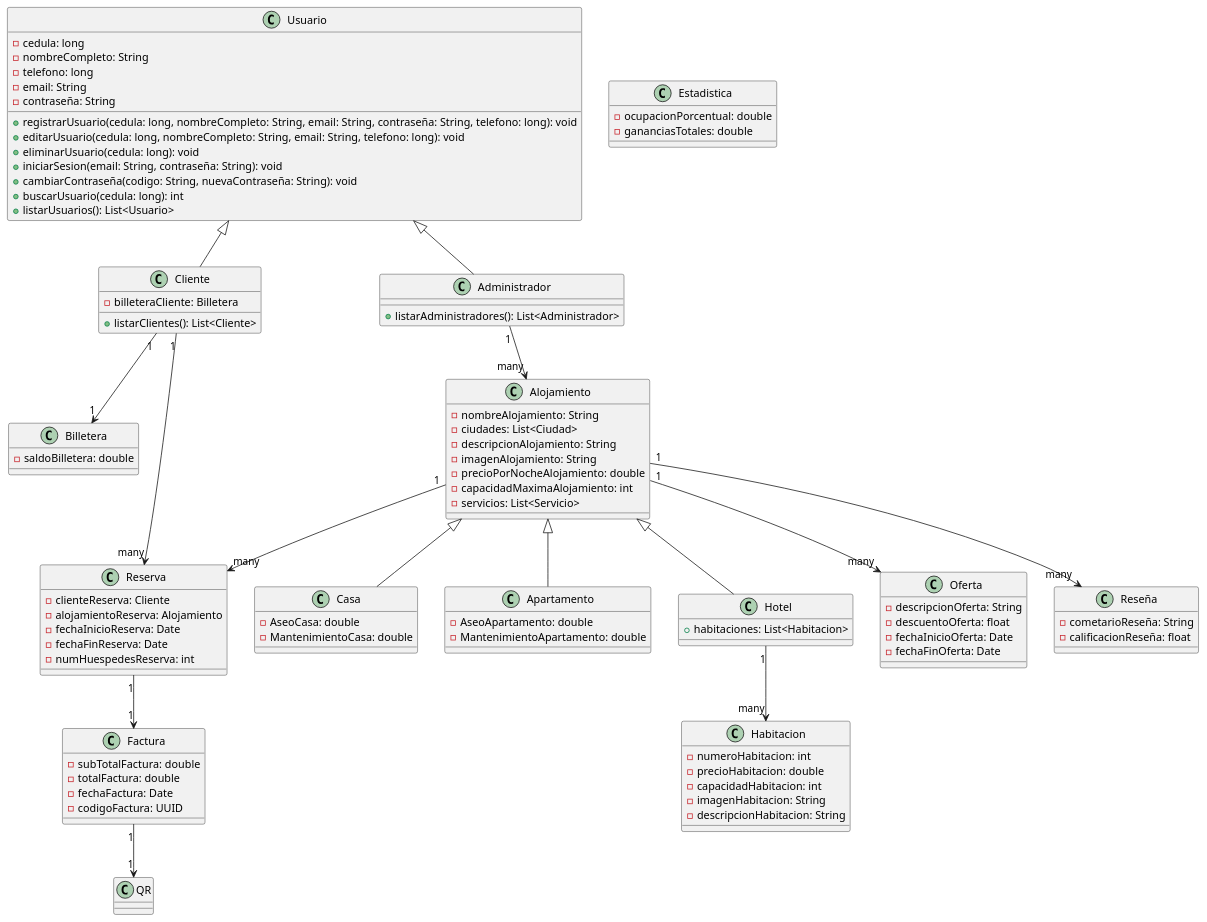
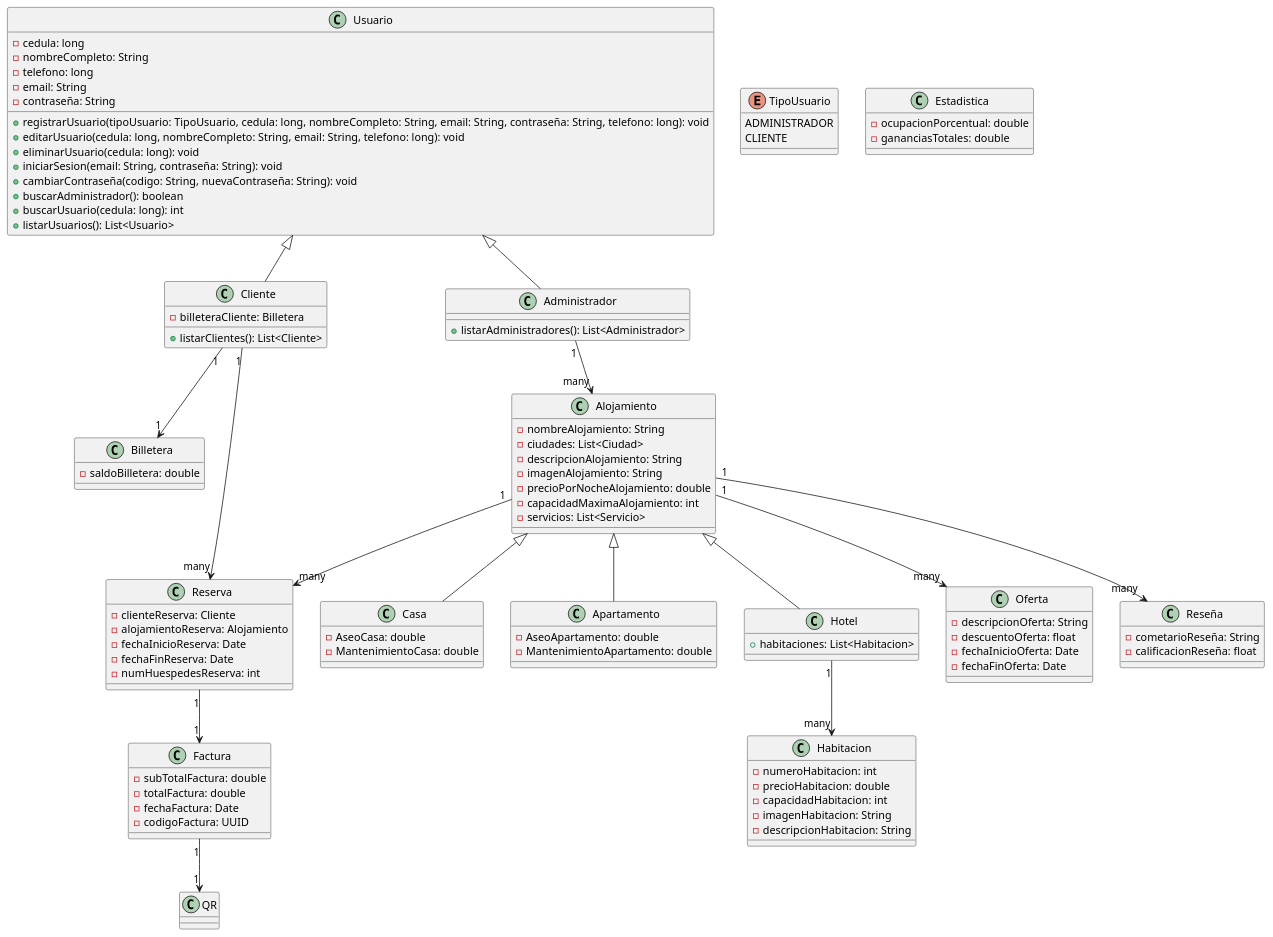
One commit to RedRos41/Programacion_2 changed the diagram in src/main/resources/img/DiagramaDeClases.puml. Above: the diagram before and after it, drawn with PlantUML. The commit also changed 8 other files, not shown here.

Commit message:
Se actualiza la gestion de los modelos y se actualiza el DiagramaDeClases.puml.

```diff
--- a/src/main/resources/img/DiagramaDeClases.puml
+++ b/src/main/resources/img/DiagramaDeClases.puml
@@ -1,109 +1,115 @@
 @startuml
 'https://plantuml.com/sequence-diagram
 
 class Usuario {
     - cedula: long
     - nombreCompleto: String
     - telefono: long
     - email: String
     - contraseña: String
-    + registrarUsuario(cedula: long, nombreCompleto: String, email: String, contraseña: String, telefono: long): void
+    + registrarUsuario(tipoUsuario: TipoUsuario, cedula: long, nombreCompleto: String, email: String, contraseña: String, telefono: long): void
     + editarUsuario(cedula: long, nombreCompleto: String, email: String, telefono: long): void
     + eliminarUsuario(cedula: long): void
     + iniciarSesion(email: String, contraseña: String): void
     + cambiarContraseña(codigo: String, nuevaContraseña: String): void
+    + buscarAdministrador(): boolean
     + buscarUsuario(cedula: long): int
     + listarUsuarios(): List<Usuario>
+}
+
+enum TipoUsuario {
+    ADMINISTRADOR
+    CLIENTE
 }
 
 class Cliente extends Usuario {
     - billeteraCliente: Billetera
     + listarClientes(): List<Cliente>
 }
 
 class Administrador extends Usuario {
     + listarAdministradores(): List<Administrador>
 }
 
 class Alojamiento {
     - nombreAlojamiento: String
     - ciudades: List<Ciudad>
     - descripcionAlojamiento: String
     - imagenAlojamiento: String
     - precioPorNocheAlojamiento: double
     - capacidadMaximaAlojamiento: int
     - servicios: List<Servicio>
 }
 
 class Casa extends Alojamiento {
     - AseoCasa: double
     - MantenimientoCasa: double
 }
 
 class Apartamento extends Alojamiento {
     - AseoApartamento: double
     - MantenimientoApartamento: double
 }
 
 class Hotel extends Alojamiento {
     + habitaciones: List<Habitacion>
 }
 
 class Habitacion {
     - numeroHabitacion: int
     - precioHabitacion: double
     - capacidadHabitacion: int
     - imagenHabitacion: String
     - descripcionHabitacion: String
 }
 
 class Billetera {
     - saldoBilletera: double
 }
 
 class Reserva {
     - clienteReserva: Cliente
     - alojamientoReserva: Alojamiento
     - fechaInicioReserva: Date
     - fechaFinReserva: Date
     - numHuespedesReserva: int
 }
 
 class Factura {
     - subTotalFactura: double
     - totalFactura: double
     - fechaFactura: Date
     - codigoFactura: UUID
 }
 
 class Oferta {
     - descripcionOferta: String
     - descuentoOferta: float
     - fechaInicioOferta: Date
     - fechaFinOferta: Date
 }
 
 class Estadistica {
     - ocupacionPorcentual: double
     - gananciasTotales: double
 }
 
 class Reseña {
     - cometarioReseña: String
     - calificacionReseña: float
 }
 
 class QR {
 }
 
 Cliente "1" --> "1" Billetera
 Administrador "1" --> "many" Alojamiento
 Cliente "1" --> "many" Reserva
 Alojamiento "1" --> "many" Oferta
 Alojamiento "1" --> "many" Reseña
 Alojamiento "1" --> "many" Reserva
 Reserva "1" --> "1" Factura
 Factura "1" --> "1" QR
 Hotel "1" --> "many" Habitacion
 
 @enduml
```
